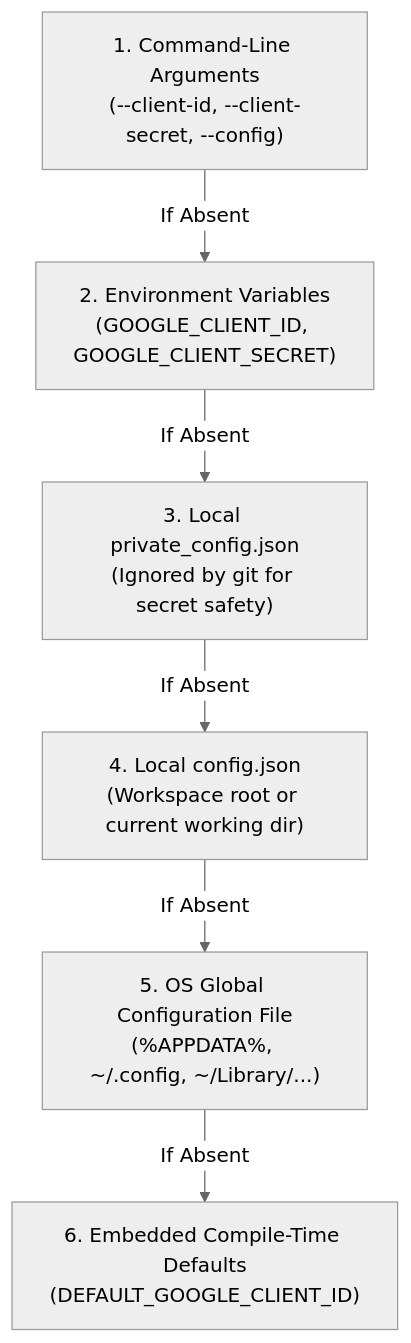
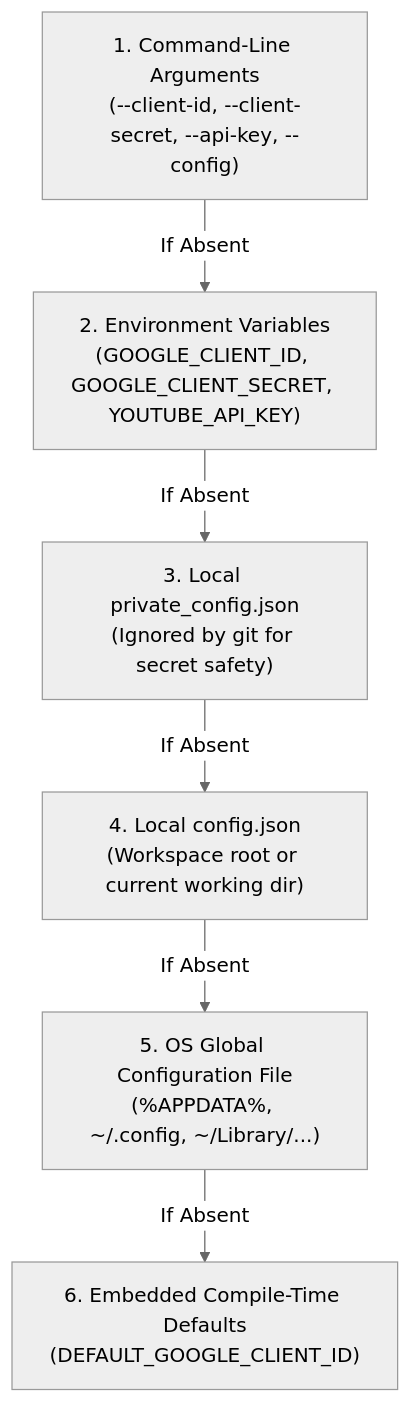
The diagram in docs/configuration.md (clockworkengineer/youtube-client), drawn with Mermaid (neutral theme) before and after one commit. The commit also changed other lines of this file and 42 other files, not shown here.

````diff
--- a/docs/configuration.md
+++ b/docs/configuration.md
@@ -23,8 +25,8 @@
 ```mermaid
 graph TD
-    T1["1. Command-Line Arguments<br/>(--client-id, --client-secret, --config)"] -->|If Absent| T2["2. Environment Variables<br/>(GOOGLE_CLIENT_ID, GOOGLE_CLIENT_SECRET)"]
+    T1["1. Command-Line Arguments<br/>(--client-id, --client-secret, --api-key, --config)"] -->|If Absent| T2["2. Environment Variables<br/>(GOOGLE_CLIENT_ID, GOOGLE_CLIENT_SECRET, YOUTUBE_API_KEY)"]
     T2 -->|If Absent| T3["3. Local private_config.json<br/>(Ignored by git for secret safety)"]
     T3 -->|If Absent| T4["4. Local config.json<br/>(Workspace root or current working dir)"]
     T4 -->|If Absent| T5["5. OS Global Configuration File<br/>(%APPDATA%, ~/.config, ~/Library/...)"]
     T5 -->|If Absent| T6["6. Embedded Compile-Time Defaults<br/>(DEFAULT_GOOGLE_CLIENT_ID)"]
 ```
````
